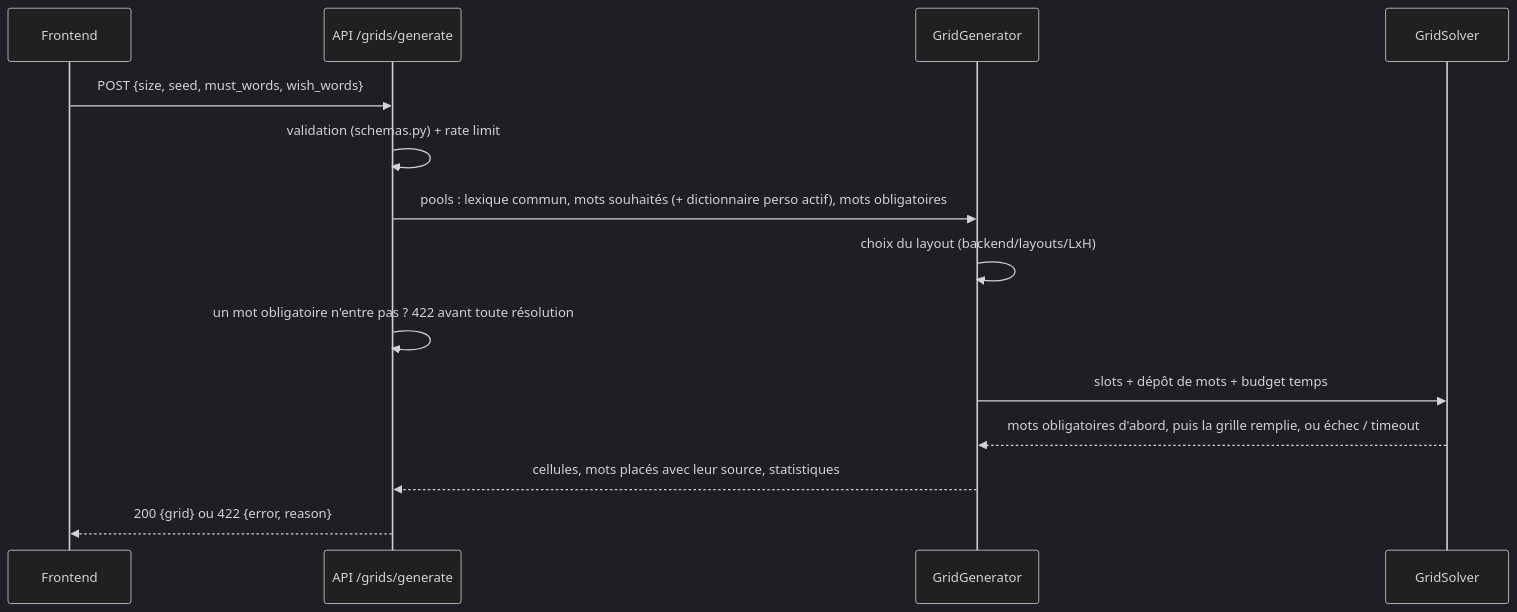
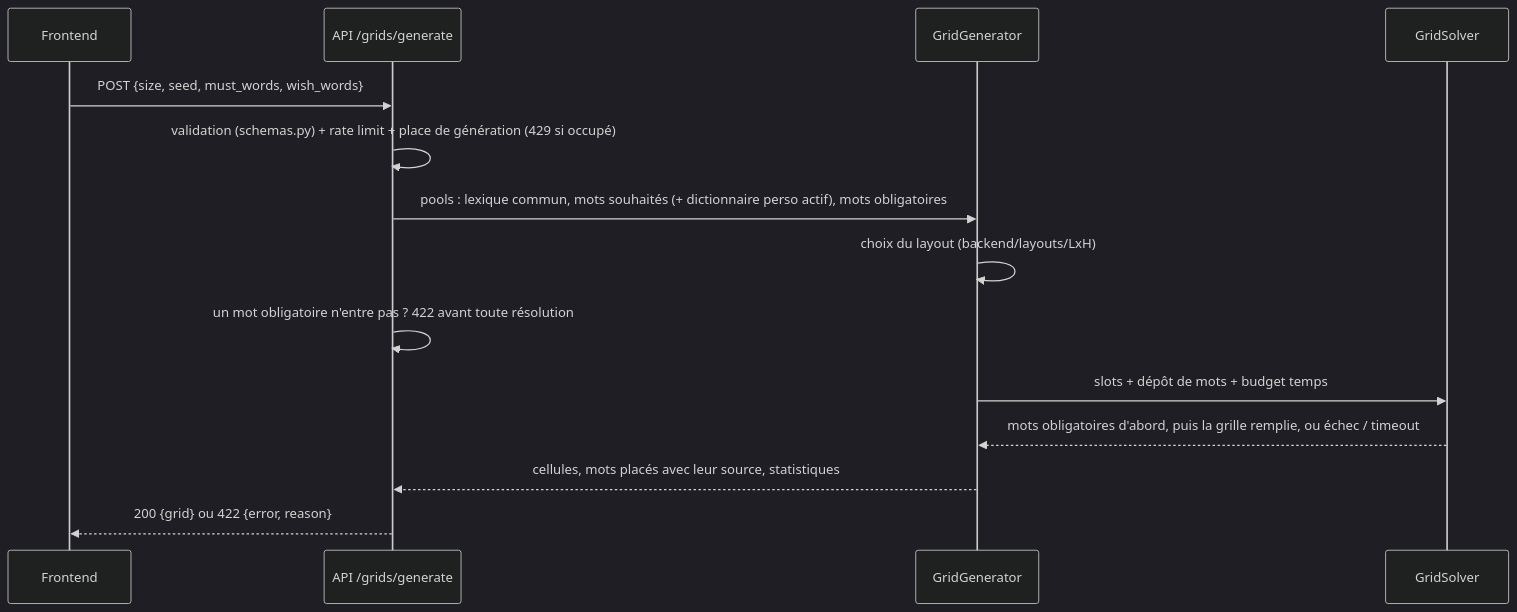
The third of 3 diagrams in docs/ARCHITECTURE.md (maximefd/terminator-app), drawn with Mermaid (dark theme) before and after one commit. The commit also changed other lines of this file and 3 other files, not shown here.

Commit message:
docs: roadmap, changelog, sécurité et architecture après l'ADR 0013

````diff
--- a/docs/ARCHITECTURE.md
+++ b/docs/ARCHITECTURE.md
@@ -122,16 +124,16 @@
 ```mermaid
 sequenceDiagram
     participant F as Frontend
     participant A as API /grids/generate
     participant G as GridGenerator
     participant S as GridSolver
     F->>A: POST {size, seed, must_words, wish_words}
-    A->>A: validation (schemas.py) + rate limit
+    A->>A: validation (schemas.py) + rate limit + place de génération (429 si occupé)
     A->>G: pools : lexique commun, mots souhaités (+ dictionnaire perso actif), mots obligatoires
     G->>G: choix du layout (backend/layouts/LxH)
     A->>A: un mot obligatoire n'entre pas ? 422 avant toute résolution
     G->>S: slots + dépôt de mots + budget temps
     S-->>G: mots obligatoires d'abord, puis la grille remplie, ou échec / timeout
     G-->>A: cellules, mots placés avec leur source, statistiques
     A-->>F: 200 {grid} ou 422 {error, reason}
 ```
````
